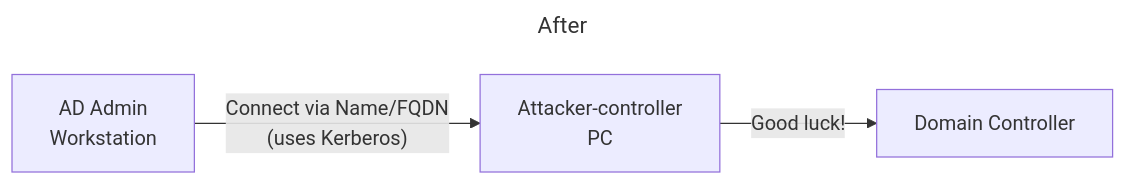
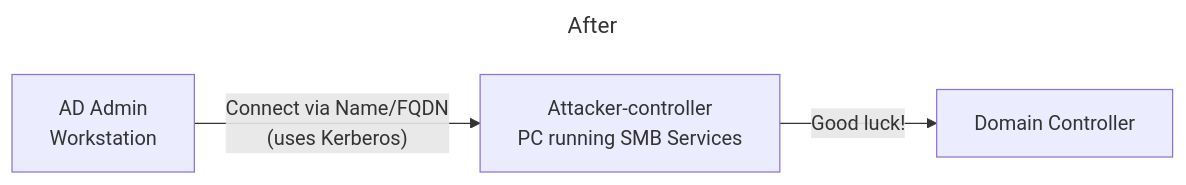
Before and after one commit to TrimarcJake/pug-snippets: the second of 2 diagrams in diagrams/NoNTLM.md, drawn with Mermaid. The commit also changed other lines of this file and 1 other file, not shown here.

Commit message:
DIAGRAMS

````diff
--- a/diagrams/NoNTLM.md
+++ b/diagrams/NoNTLM.md
@@ -10,8 +10,8 @@
 ``` mermaid
 ---
 title: After
 ---
 flowchart LR
-  ADAPC[AD Admin\nWorkstation] -- Connect via Name/FQDN\n(uses Kerberos) --> AttackerPC[Attacker-controller\nPC]
+  ADAPC[AD Admin\nWorkstation] -- Connect via Name/FQDN\n(uses Kerberos) --> AttackerPC[Attacker-controller\nPC running SMB Services]
   AttackerPC -- Good luck! --> DC[Domain Controller]
 ```
````
